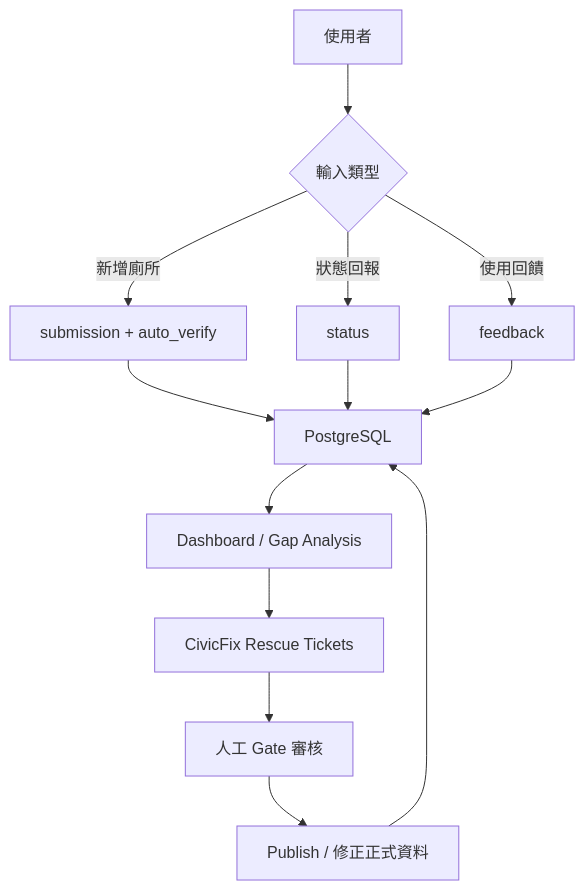
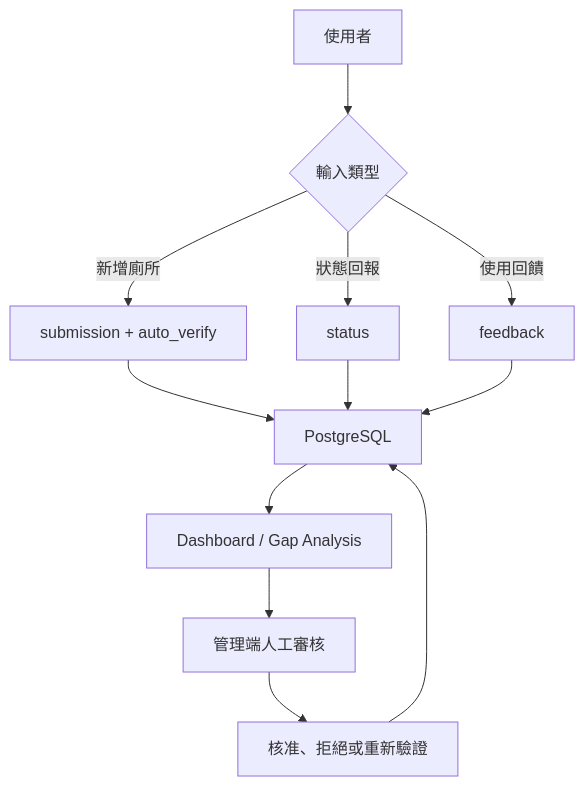
The second of 2 diagrams in ARCHITECTURE.md (eason11133/toilet-bot), drawn with Mermaid before and after one commit. The commit also changed other lines of this file and 24 other files, not shown here.

````diff
--- a/ARCHITECTURE.md
+++ b/ARCHITECTURE.md
@@ -45,15 +45,14 @@
 ```mermaid
 flowchart TD
     U["使用者"] --> X{"輸入類型"}
     X -->|新增廁所| S["submission + auto_verify"]
     X -->|狀態回報| T["status"]
     X -->|使用回饋| F["feedback"]
     S --> DB["PostgreSQL"]
     T --> DB
     F --> DB
     DB --> A["Dashboard / Gap Analysis"]
-    A --> R["CivicFix Rescue Tickets"]
-    R --> G["人工 Gate 審核"]
-    G --> P["Publish / 修正正式資料"]
+    A --> G["管理端人工審核"]
+    G --> P["核准、拒絕或重新驗證"]
     P --> DB
 ```
````
